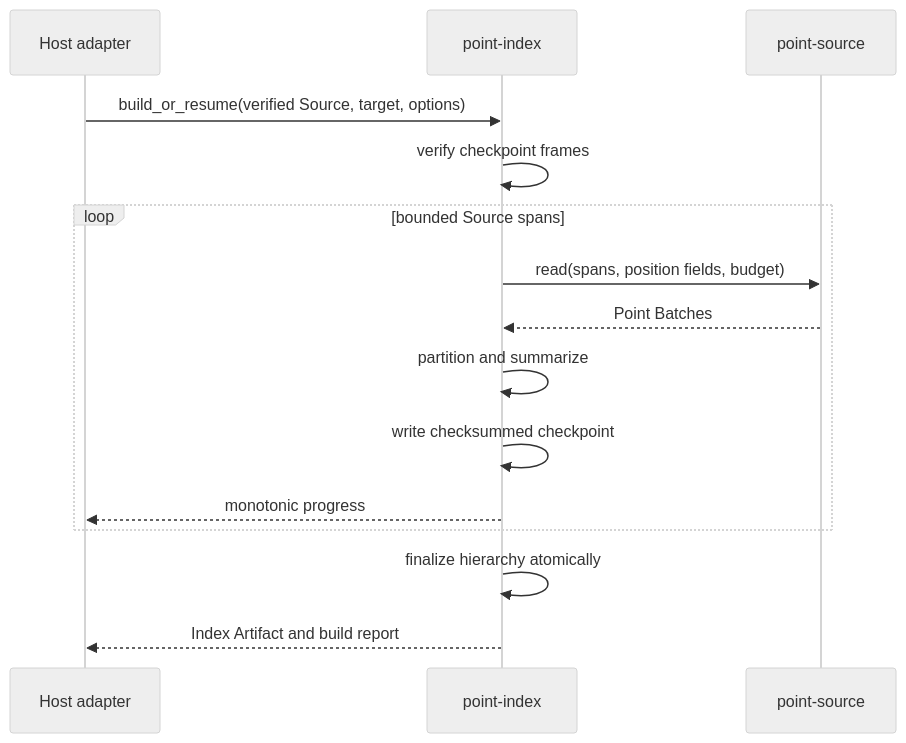
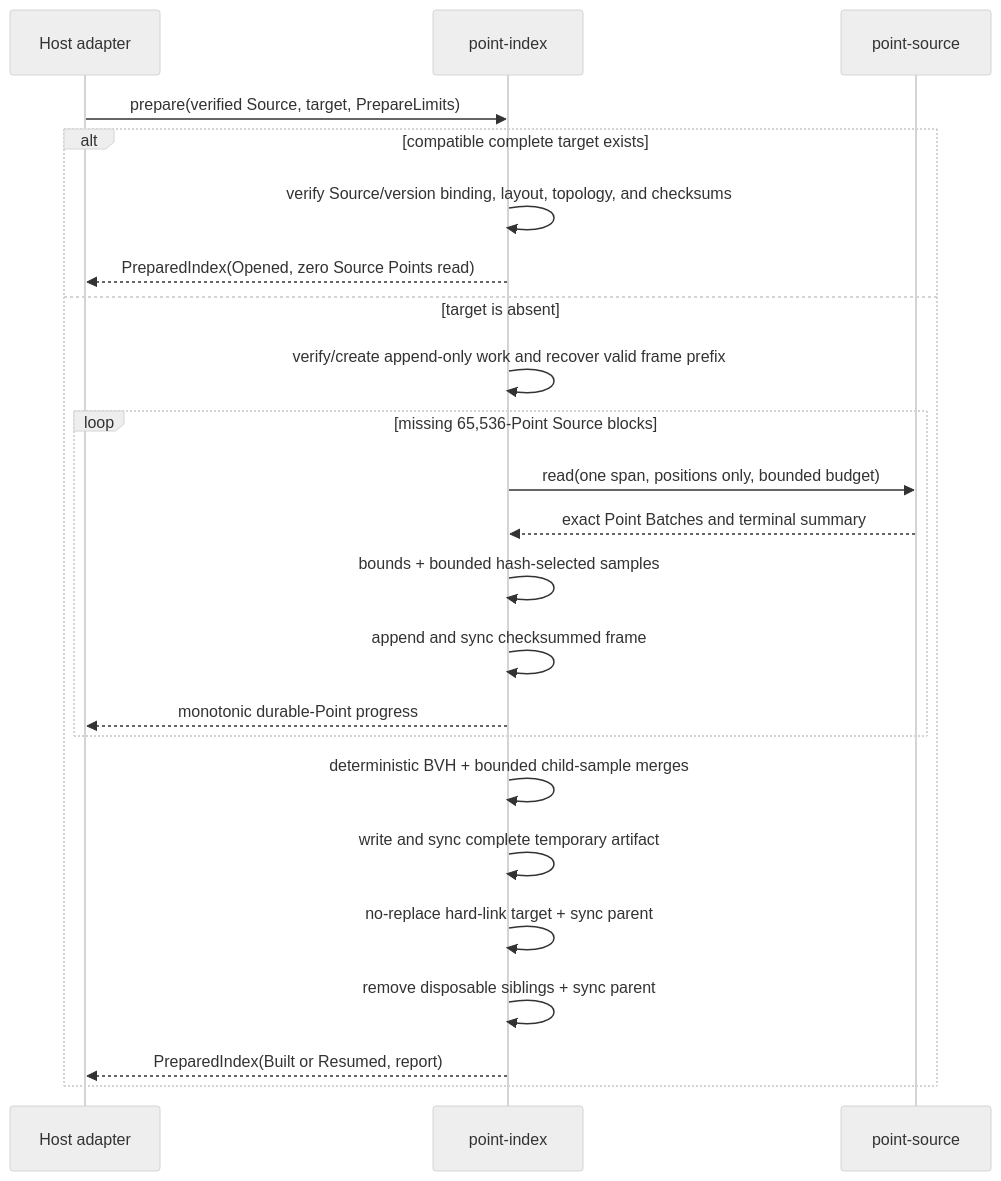
Before and after one commit to xxibcill/punctra: the second of 8 diagrams in docs/architecture/workflows.md, drawn with Mermaid (neutral theme). The commit also changed other lines of this file and 35 other files, not shown here.

```diff
--- a/docs/architecture/workflows.md
+++ b/docs/architecture/workflows.md
@@ -70,20 +68,29 @@
 ~~~mermaid
 sequenceDiagram
     participant APP as Host adapter
     participant IDX as point-index
     participant SRC as point-source
 
-    APP->>IDX: build_or_resume(verified Source, target, options)
-    IDX->>IDX: verify checkpoint frames
+    APP->>IDX: prepare(verified Source, target, PrepareLimits)
 
-    loop bounded Source spans
-        IDX->>SRC: read(spans, position fields, budget)
-        SRC-->>IDX: Point Batches
-        IDX->>IDX: partition and summarize
-        IDX->>IDX: write checksummed checkpoint
-        IDX-->>APP: monotonic progress
+    alt compatible complete target exists
+        IDX->>IDX: verify Source/version binding, layout, topology, and checksums
+        IDX-->>APP: PreparedIndex(Opened, zero Source Points read)
+    else target is absent
+        IDX->>IDX: verify/create append-only work and recover valid frame prefix
+
+        loop missing 65,536-Point Source blocks
+            IDX->>SRC: read(one span, positions only, bounded budget)
+            SRC-->>IDX: exact Point Batches and terminal summary
+            IDX->>IDX: bounds + bounded hash-selected samples
+            IDX->>IDX: append and sync checksummed frame
+            IDX-->>APP: monotonic durable-Point progress
+        end
+
+        IDX->>IDX: deterministic BVH + bounded child-sample merges
+        IDX->>IDX: write and sync complete temporary artifact
+        IDX->>IDX: no-replace hard-link target + sync parent
+        IDX->>IDX: remove disposable siblings + sync parent
+        IDX-->>APP: PreparedIndex(Built or Resumed, report)
     end
-
-    IDX->>IDX: finalize hierarchy atomically
-    IDX-->>APP: Index Artifact and build report
 ~~~
```
